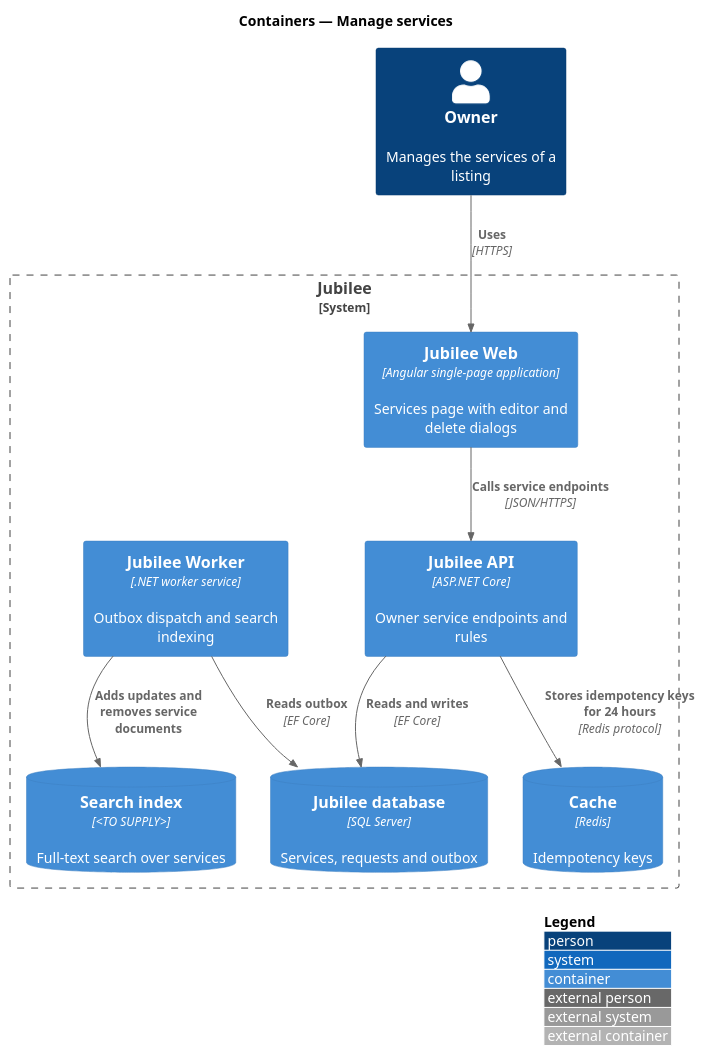
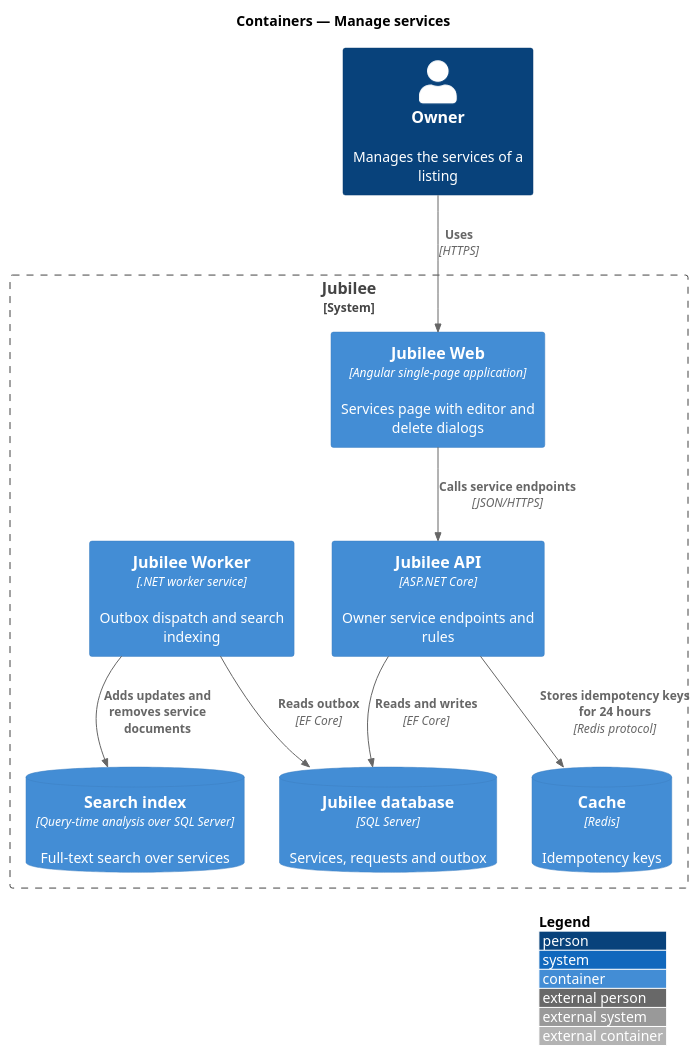
The diagram in docs/detailed-designs/owner-workspace/manage-services/diagrams/c4-container.puml (QuinntyneBrown/jubilee), drawn with PlantUML before and after one commit. The commit also changed 34 other files, not shown here.

First line of the commit message:
Search: the index over the database is the final design, with no indexing job (ADR 0011, L2-029 AC7)

```diff
--- a/docs/detailed-designs/owner-workspace/manage-services/diagrams/c4-container.puml
+++ b/docs/detailed-designs/owner-workspace/manage-services/diagrams/c4-container.puml
@@ -1,21 +1,21 @@
 @startuml
 !include <C4/C4_Container>
 LAYOUT_WITH_LEGEND()
 title Containers — Manage services
 
 Person(owner, "Owner", "Manages the services of a listing")
 System_Boundary(jubilee, "Jubilee") {
   Container(web, "Jubilee Web", "Angular single-page application", "Services page with editor and delete dialogs")
   Container(api, "Jubilee API", "ASP.NET Core", "Owner service endpoints and rules")
   Container(worker, "Jubilee Worker", ".NET worker service", "Outbox dispatch and search indexing")
   ContainerDb(db, "Jubilee database", "SQL Server", "Services, requests and outbox")
   ContainerDb(cache, "Cache", "Redis", "Idempotency keys")
-  ContainerDb(search, "Search index", "<TO SUPPLY>", "Full-text search over services")
+  ContainerDb(search, "Search index", "Query-time analysis over SQL Server", "Full-text search over services")
 }
 Rel(owner, web, "Uses", "HTTPS")
 Rel(web, api, "Calls service endpoints", "JSON/HTTPS")
 Rel(api, db, "Reads and writes", "EF Core")
 Rel(api, cache, "Stores idempotency keys for 24 hours", "Redis protocol")
 Rel(worker, db, "Reads outbox", "EF Core")
 Rel(worker, search, "Adds updates and removes service documents")
 @enduml
```
